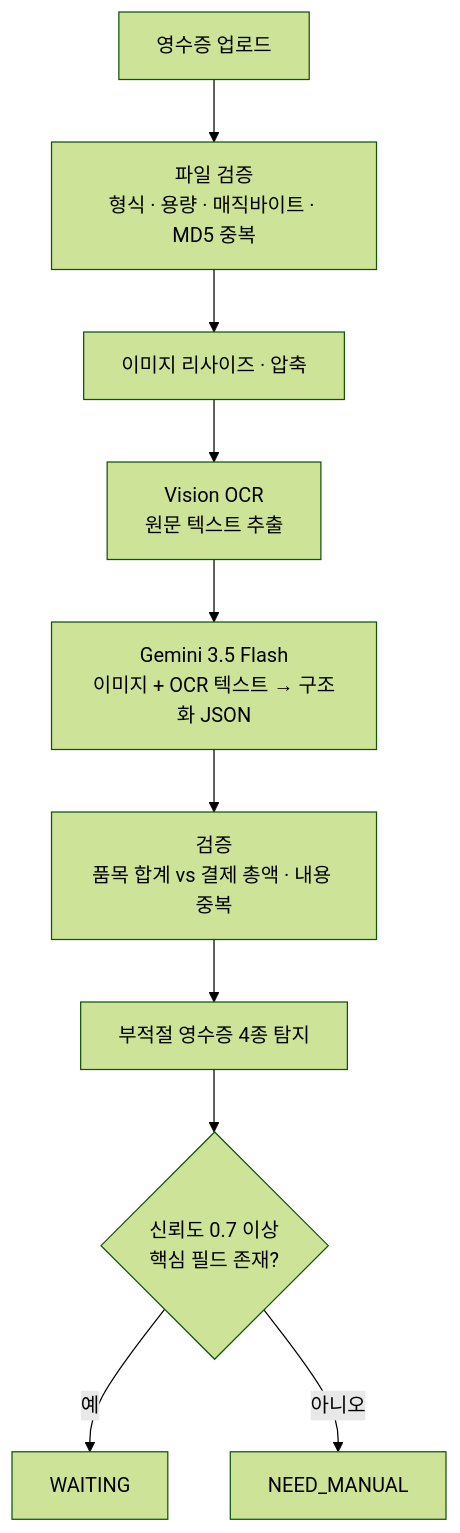
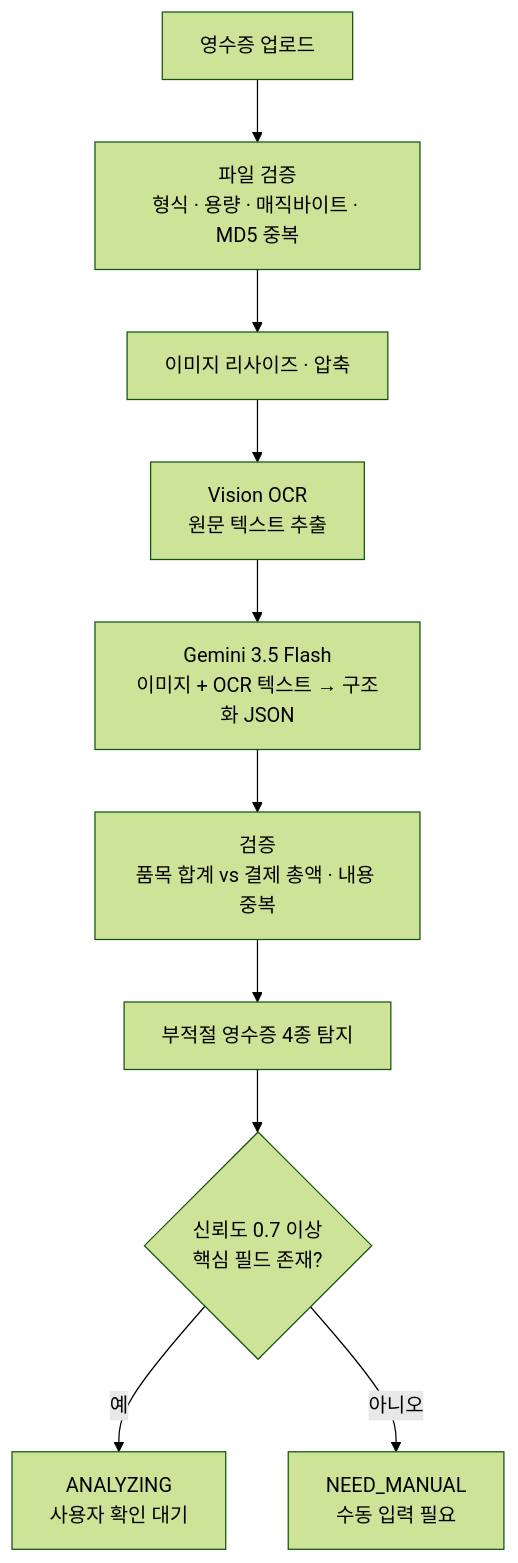
The second of 5 diagrams in README.md (kkw8989/Re-Mate), drawn with Mermaid (forest theme) before and after one commit. The commit also changed other lines of this file, not shown here.

````diff
--- a/README.md
+++ b/README.md
@@ -194,12 +227,12 @@
 ```mermaid
 flowchart TD
     A["영수증 업로드"] --> B["파일 검증<br/>형식 · 용량 · 매직바이트 · MD5 중복"]
     B --> C["이미지 리사이즈 · 압축"]
     C --> D["Vision OCR<br/>원문 텍스트 추출"]
     D --> E["Gemini 3.5 Flash<br/>이미지 + OCR 텍스트 → 구조화 JSON"]
     E --> F["검증<br/>품목 합계 vs 결제 총액 · 내용 중복"]
     F --> G["부적절 영수증 4종 탐지"]
     G --> H{"신뢰도 0.7 이상<br/>핵심 필드 존재?"}
-    H -->|"예"| I["WAITING"]
-    H -->|"아니오"| J["NEED_MANUAL"]
+    H -->|"예"| I["ANALYZING<br/>사용자 확인 대기"]
+    H -->|"아니오"| J["NEED_MANUAL<br/>수동 입력 필요"]
 ```
````
